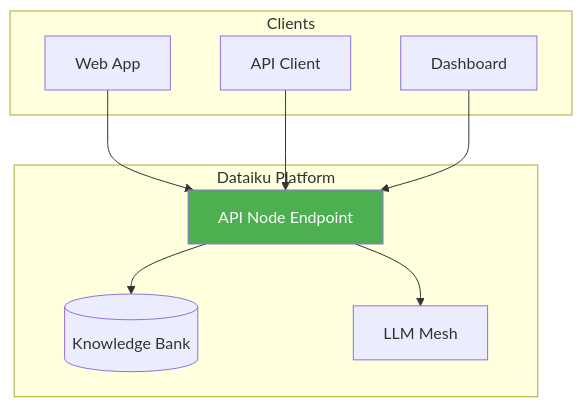
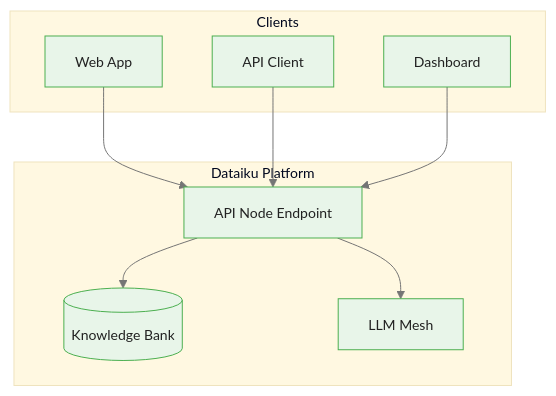
The third of 4 diagrams in courses/dataiku-genai/modules/module_03_custom/guides/01_python_recipes_slides.md (m-deane/course-creator), drawn with Mermaid before and after one commit. The commit also changed other lines of this file and 54 other files, not shown here.

````diff
--- a/courses/dataiku-genai/modules/module_03_custom/guides/01_python_recipes_slides.md
+++ b/courses/dataiku-genai/modules/module_03_custom/guides/01_python_recipes_slides.md
@@ -247,22 +247,21 @@
 ```mermaid
+%%{init: {"theme": "base", "themeVariables": {"primaryColor": "#e8f5e9", "primaryBorderColor": "#4caf50", "primaryTextColor": "#212121", "secondaryColor": "#e3f2fd", "tertiaryColor": "#fff8e1", "lineColor": "#757575", "fontFamily": "Inter, sans-serif", "fontSize": "14px"}}}%%
 graph TB
     subgraph Clients
         WEB[Web App]
         API[API Client]
         DASH[Dashboard]
     end
 
     subgraph Dataiku[Dataiku Platform]
         EP[API Node Endpoint]
         KB[(Knowledge Bank)]
         LLM[LLM Mesh]
     end
 
     WEB --> EP
     API --> EP
     DASH --> EP
     EP --> KB
     EP --> LLM
-
-    style EP fill:#4CAF50,color:#fff
 ```
````
